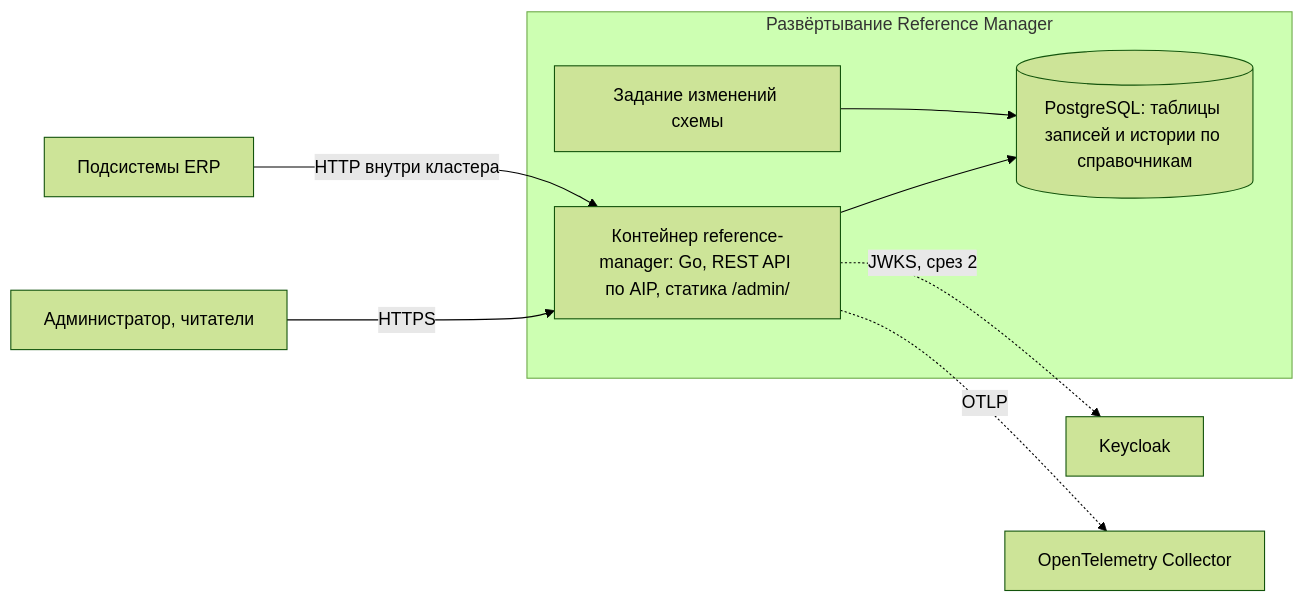
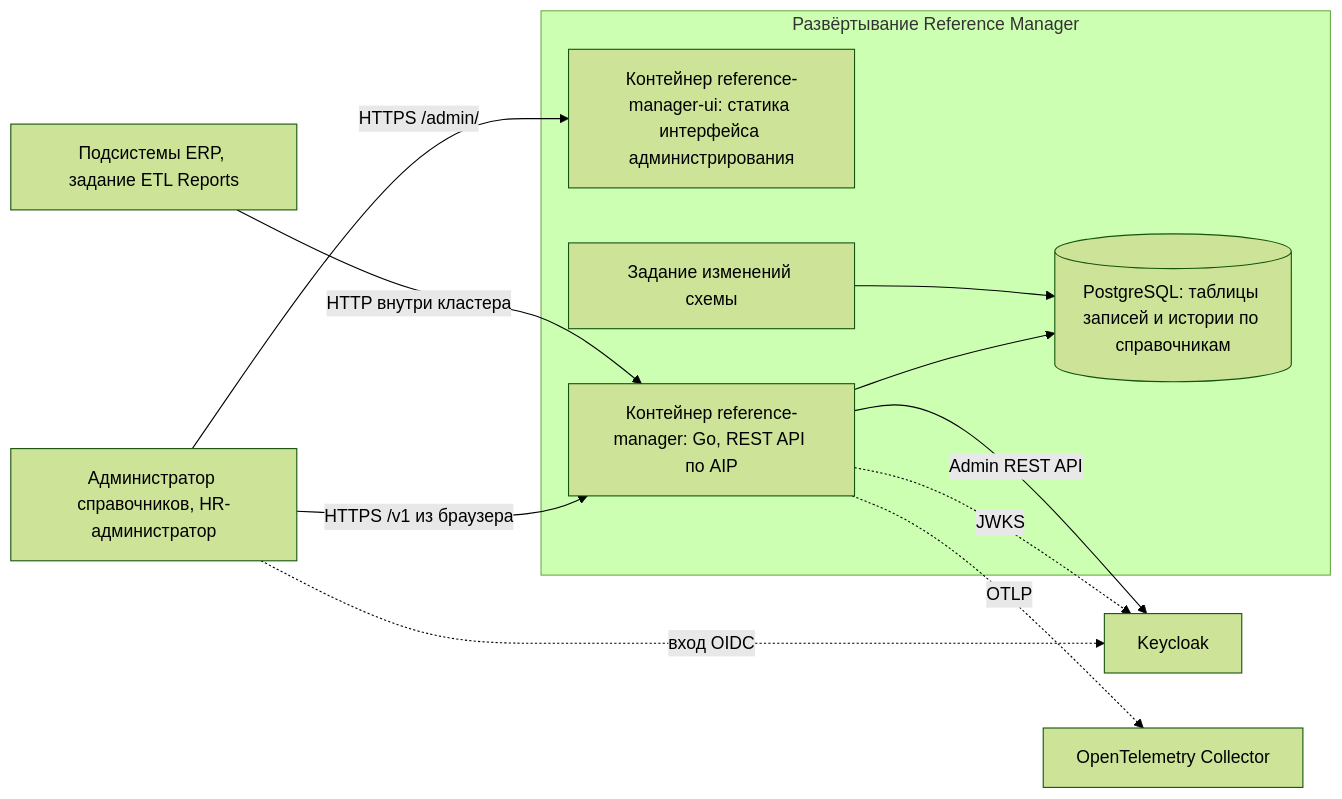
Before and after one commit to MEPhI-C22-501/arch-info-system-monorepo: the first of 2 diagrams in reference-manager/documents/150.component-diagram.md, drawn with Mermaid (forest theme). The commit also changed other lines of this file and 32 other files, not shown here.

First line of the commit message:
docs(reference-manager): align the document set with the project statement after the 2026-10-01 review

````diff
--- a/reference-manager/documents/150.component-diagram.md
+++ b/reference-manager/documents/150.component-diagram.md
@@ -8,18 +8,22 @@
 ```mermaid
 flowchart LR
-    U["Администратор, читатели"]
-    S["Подсистемы ERP"]
+    U["Администратор справочников, HR-администратор"]
+    S["Подсистемы ERP, задание ETL Reports"]
     subgraph Deploy["Развёртывание Reference Manager"]
-        APP["Контейнер reference-manager: Go, REST API по AIP, статика /admin/"]
+        UI["Контейнер reference-manager-ui: статика интерфейса администрирования"]
+        APP["Контейнер reference-manager: Go, REST API по AIP"]
         DB[("PostgreSQL: таблицы записей и истории по справочникам")]
         JOB["Задание изменений схемы"]
     end
     KC["Keycloak"]
     OT["OpenTelemetry Collector"]
-    U -->|"HTTPS"| APP
+    U -->|"HTTPS /admin/"| UI
+    U -->|"HTTPS /v1 из браузера"| APP
     S -->|"HTTP внутри кластера"| APP
     APP --> DB
     JOB --> DB
-    APP -.->|"JWKS, срез 2"| KC
+    APP -.->|"JWKS"| KC
+    APP -->|"Admin REST API"| KC
+    U -.->|"вход OIDC"| KC
     APP -.->|"OTLP"| OT
 ```
````
